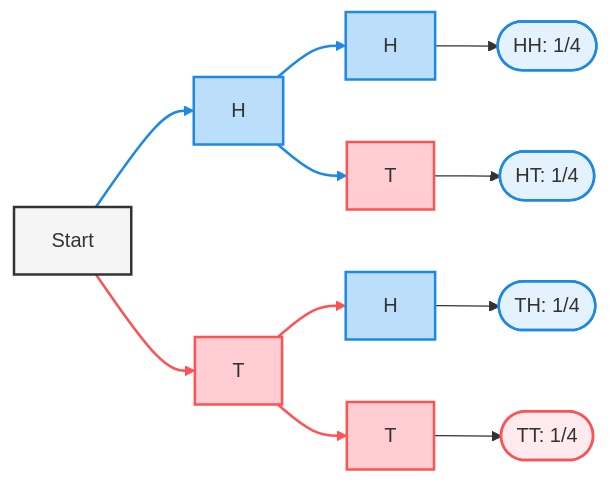
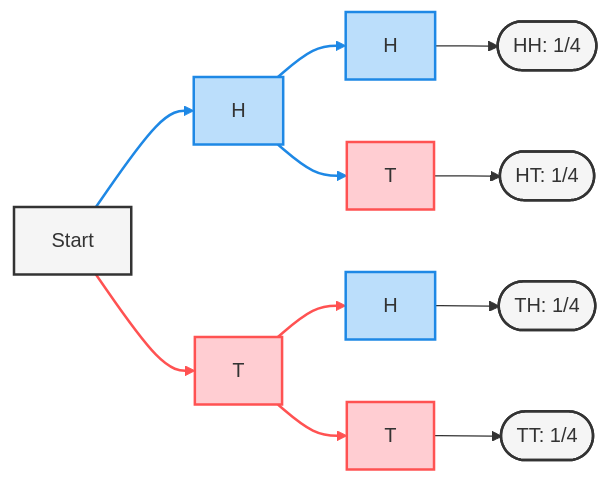
Before and after one commit to pierzgal/STAT101_PLEN: the first of 7 diagrams in probability_en.qmd, drawn with Mermaid. The commit also changed other lines of this file and 10 other files, not shown here.

````diff
--- a/probability_en.qmd
+++ b/probability_en.qmd
@@ -111,31 +274,31 @@
 ```{mermaid}
 graph LR
     Start[Start] --> H1[H]
     Start --> T1[T]
     H1 --> H2[H]
     H1 --> T2[T]
     T1 --> H3[H]
     T1 --> T3[T]
     
     H2 --> HH([HH: 1/4])
     T2 --> HT([HT: 1/4])
     H3 --> TH([TH: 1/4])
     T3 --> TT([TT: 1/4])
     
     linkStyle 0,2,3 stroke:#1e88e5,stroke-width:2px
     linkStyle 4,5 stroke:#ff5252,stroke-width:2px
     linkStyle 1 stroke:#ff5252,stroke-width:2px
     
     style Start fill:#f5f5f5,stroke:#333,stroke-width:2px
     style H1 fill:#bbdefb,stroke:#1e88e5,stroke-width:2px
     style T1 fill:#ffcdd2,stroke:#ff5252,stroke-width:2px
     style H2 fill:#bbdefb,stroke:#1e88e5,stroke-width:2px
     style T2 fill:#ffcdd2,stroke:#ff5252,stroke-width:2px
     style H3 fill:#bbdefb,stroke:#1e88e5,stroke-width:2px
     style T3 fill:#ffcdd2,stroke:#ff5252,stroke-width:2px
     
-    style HH fill:#e3f2fd,stroke:#1e88e5,stroke-width:2px
-    style HT fill:#e3f2fd,stroke:#1e88e5,stroke-width:2px
-    style TH fill:#e3f2fd,stroke:#1e88e5,stroke-width:2px
-    style TT fill:#ffebee,stroke:#ff5252,stroke-width:2px
+    style HH fill:#f5f5f5,stroke:#333,stroke-width:2px
+    style HT fill:#f5f5f5,stroke:#333,stroke-width:2px
+    style TH fill:#f5f5f5,stroke:#333,stroke-width:2px
+    style TT fill:#f5f5f5,stroke:#333,stroke-width:2px
 ```
````
